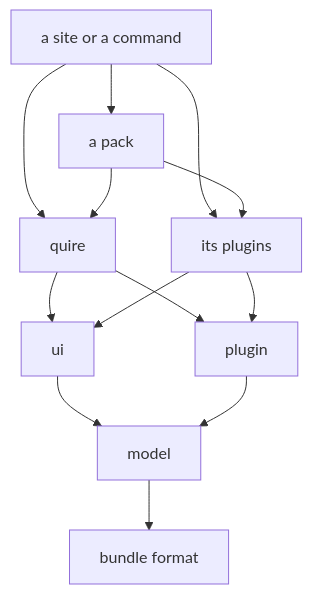
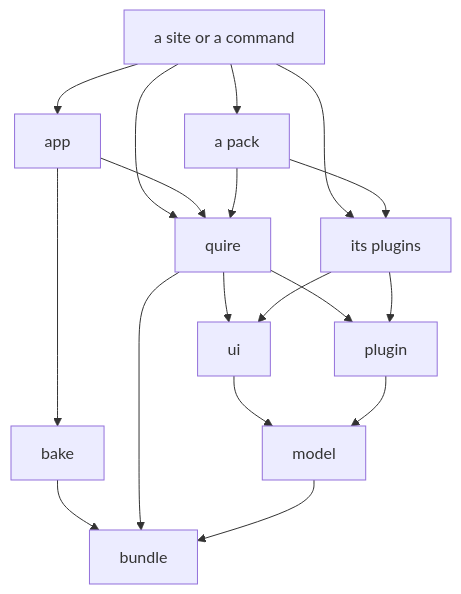
One commit to lahickey/quire changed the diagram in site/content/docs/architecture.md. Above: the diagram before and after it, drawn with Mermaid. The commit also changed other lines of this file and 105 other files, not shown here.

````diff
--- a/site/content/docs/architecture.md
+++ b/site/content/docs/architecture.md
@@ -47,15 +52,20 @@
 ```mermaid
 flowchart TD
-  site[a site or a command] --> quire
+  site[a site or a command] --> app
+  site --> quire
+  app --> quire
+  app --> bake
+  bake --> bundle
   site --> plugins[its plugins]
   site --> pack[a pack]
   pack --> quire
   pack --> plugins
   quire --> ui
   quire --> plugin
   plugins --> ui
   plugins --> plugin
   ui --> model
   plugin --> model
-  model --> journal[bundle format]
+  quire --> bundle
+  model --> bundle
 ```
````
